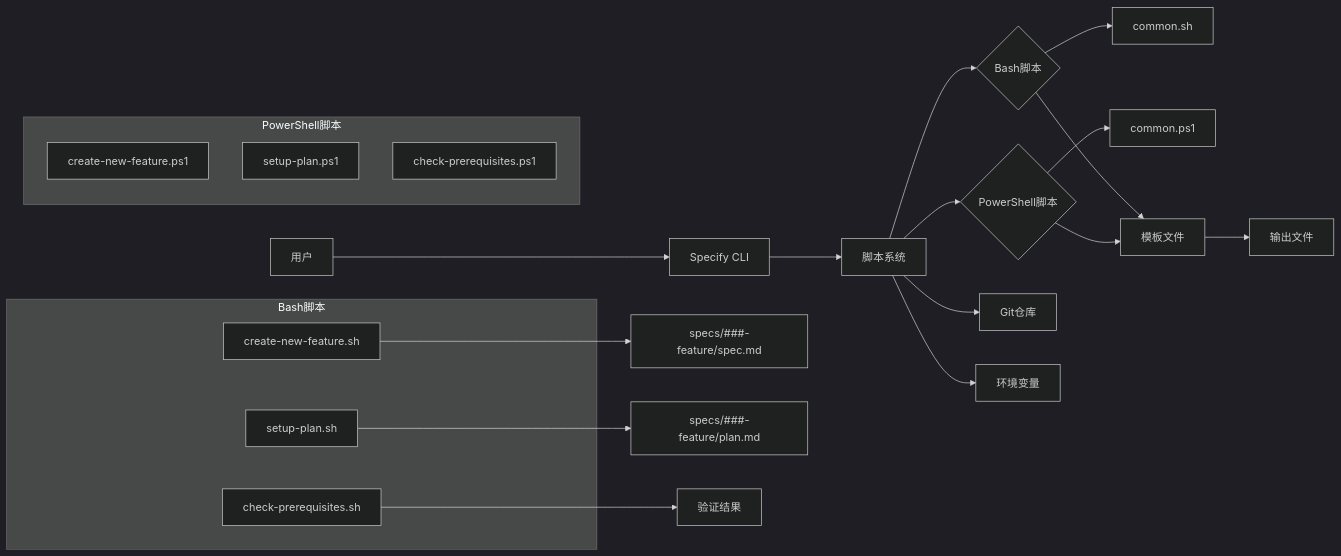
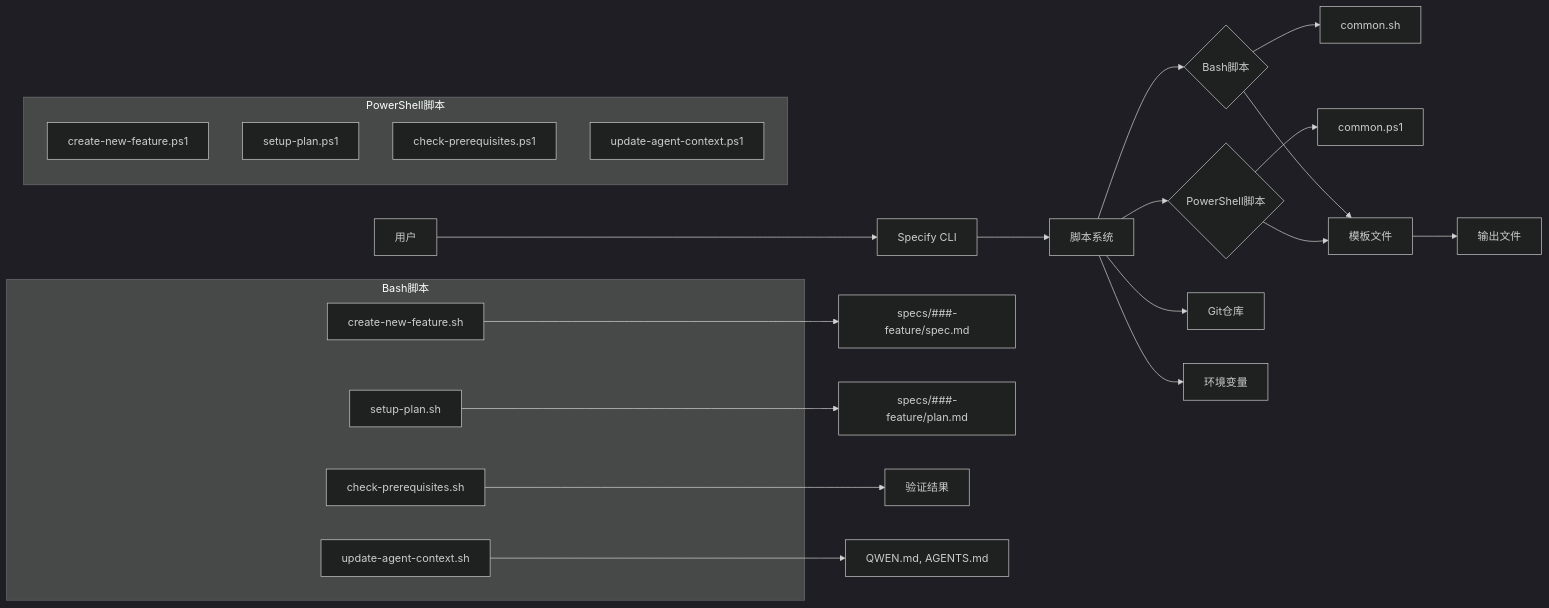
The second of 7 diagrams in .qoder/repowiki/zh/content/脚本系统/脚本系统.md (afanty2021/spec-kit), drawn with Mermaid (dark theme) before and after one commit. The commit also changed other lines of this file and 18 other files, not shown here.

````diff
--- a/.qoder/repowiki/zh/content/脚本系统/脚本系统.md
+++ b/.qoder/repowiki/zh/content/脚本系统/脚本系统.md
@@ -98,27 +119,30 @@
 ```mermaid
 graph LR
 User[用户] --> CLI[Specify CLI]
 CLI --> Script[脚本系统]
 Script --> Bash{Bash脚本}
 Script --> PowerShell{PowerShell脚本}
 Bash --> Common[common.sh]
 PowerShell --> CommonPS[common.ps1]
 Bash --> Templates[模板文件]
 PowerShell --> Templates
 Templates --> Output[输出文件]
 Script --> Git[Git仓库]
 Script --> Env[环境变量]
 subgraph "Bash脚本"
 BashCreate[create-new-feature.sh]
 BashSetup[setup-plan.sh]
 BashCheck[check-prerequisites.sh]
+BashUpdate[update-agent-context.sh]
 end
 subgraph "PowerShell脚本"
 PS1Create[create-new-feature.ps1]
 PS1Setup[setup-plan.ps1]
 PS1Check[check-prerequisites.ps1]
+PS1Update[update-agent-context.ps1]
 end
 BashCreate --> OutputSpec[specs/###-feature/spec.md]
 BashSetup --> OutputPlan[specs/###-feature/plan.md]
 BashCheck --> Validation[验证结果]
+BashUpdate --> AgentContext[QWEN.md, AGENTS.md]
 ```
````
